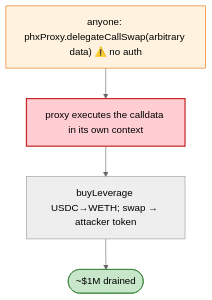
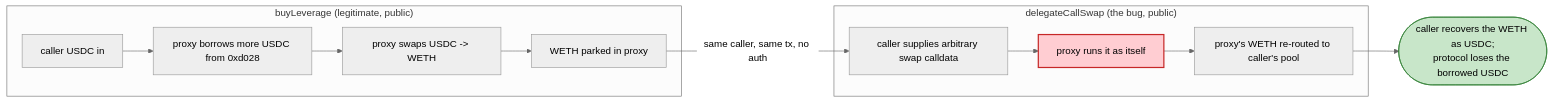
One commit to sanbir/evm-hack-registry changed the fourth of 4 diagrams in 2023-03-Phoenix_exp/Phoenix_exp.md. Above: the diagram before and after it, drawn with Mermaid (neutral theme). The commit also changed other lines of this file and 52 other files, not shown here.

````diff
--- a/2023-03-Phoenix_exp/Phoenix_exp.md
+++ b/2023-03-Phoenix_exp/Phoenix_exp.md
@@ -39,10 +386,14 @@
 ```mermaid
-flowchart TD
-    A["anyone: phxProxy.delegateCallSwap(arbitrary data) ⚠️ no auth"] --> B["proxy executes the calldata in its own context"]
-    B --> C["buyLeverage USDC→WETH; swap → attacker token"]
-    C --> OUT(["~$1M drained"])
+flowchart LR
+    subgraph A["buyLeverage (legitimate, public)"]
+        A1["caller USDC in"] --> A2["proxy borrows more USDC from 0xd028"] --> A3["proxy swaps USDC -> WETH"] --> A4["WETH parked in proxy"]
+    end
+    subgraph B["delegateCallSwap (the bug, public)"]
+        B1["caller supplies arbitrary swap calldata"] --> B2["proxy runs it as itself"] --> B3["proxy's WETH re-routed to caller's pool"]
+    end
+    A4 -->|"same caller, same tx, no auth"| B1
+    B3 --> Profit(["caller recovers the WETH as USDC;<br/>protocol loses the borrowed USDC"])
 
-    style A fill:#fff3e0,stroke:#ef6c00
-    style B fill:#ffcdd2,stroke:#c62828,stroke-width:2px
-    style OUT fill:#c8e6c9,stroke:#2e7d32
+    style B2 fill:#ffcdd2,stroke:#c62828,stroke-width:2px
+    style Profit fill:#c8e6c9,stroke:#2e7d32
 ```
````
